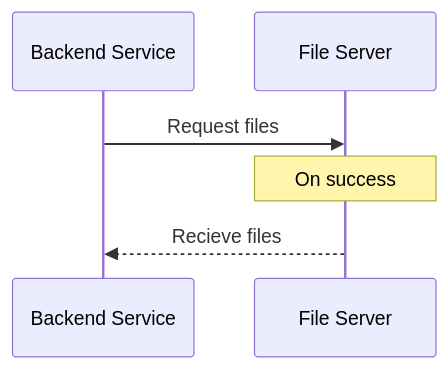
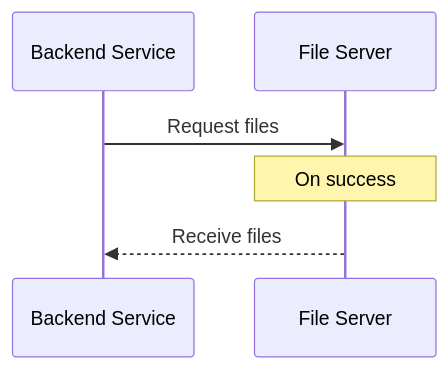
One commit to onc-healthit/api-resource-guide changed the fifth of 5 diagrams in docs/g10-criterion.md. Above: the diagram before and after it, drawn with Mermaid. The commit also changed other lines of this file, not shown here.

Commit message:
adding more to diagrams

````diff
--- a/docs/g10-criterion.md
+++ b/docs/g10-criterion.md
@@ -438,6 +456,6 @@
 	```mermaid
 	sequenceDiagram
 	Backend Service->>File Server: Request files
 	note over File Server: On success
-	File Server-->>Backend Service: Recieve files
+	File Server-->>Backend Service: Receive files
 	```
````
